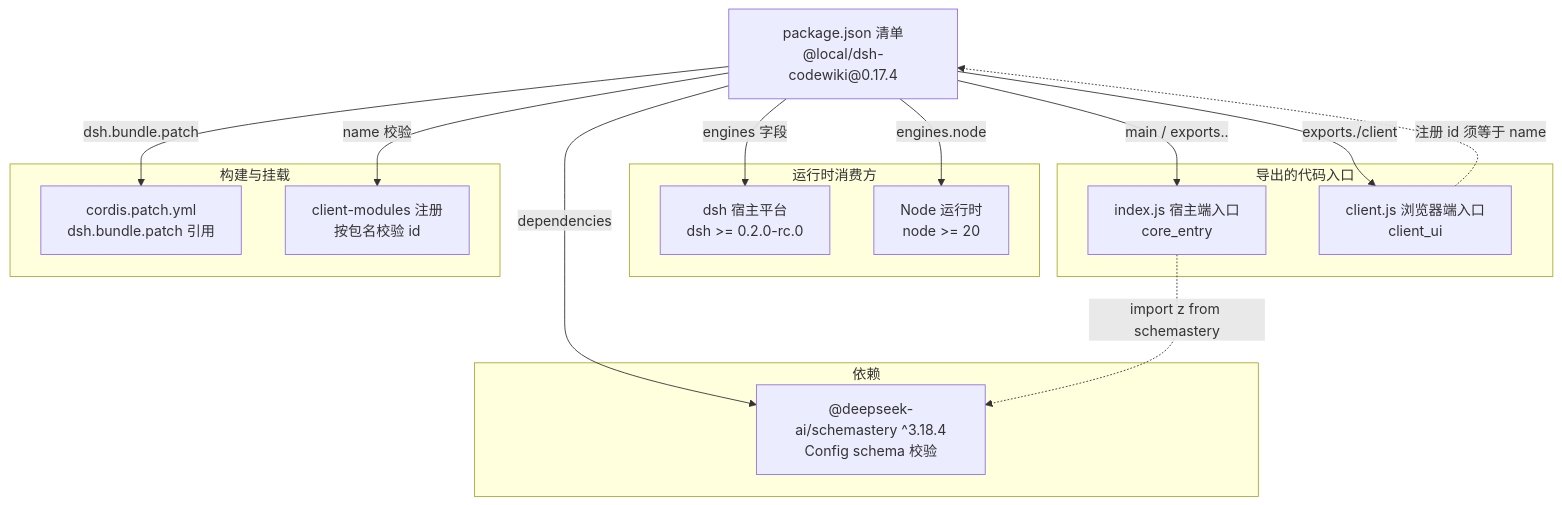
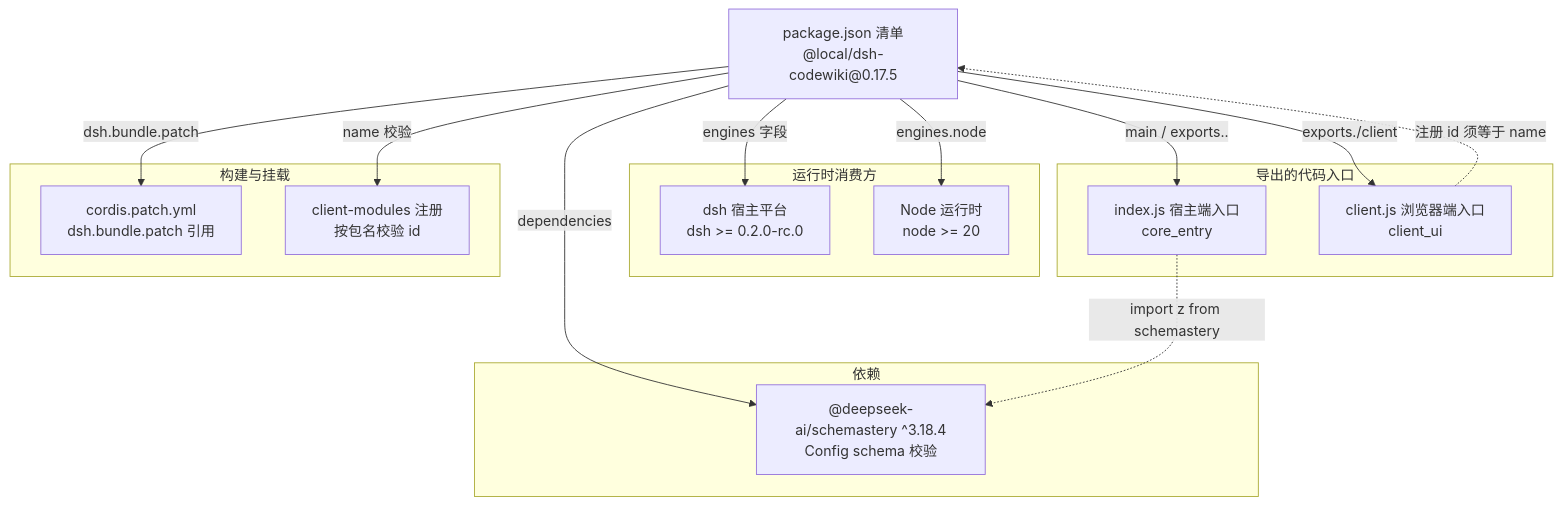
One commit to ikliml666/dsh-codewiki changed the first of 3 diagrams in .codewiki/_native-state/docs/Build___Dependency_Configuration_Layer/package_manifest.md. Above: the diagram before and after it, drawn with Mermaid. The commit also changed other lines of this file and 19 other files, not shown here.

````diff
--- a/.codewiki/_native-state/docs/Build___Dependency_Configuration_Layer/package_manifest.md
+++ b/.codewiki/_native-state/docs/Build___Dependency_Configuration_Layer/package_manifest.md
@@ -35,34 +35,34 @@
 ```mermaid
 flowchart TD
-    PKG["package.json 清单<br/>@local/dsh-codewiki@0.17.4"]
+    PKG["package.json 清单<br/>@local/dsh-codewiki@0.17.5"]
 
     subgraph 运行时消费方
         HOST["dsh 宿主平台<br/>dsh >= 0.2.0-rc.0"]
         NODE["Node 运行时<br/>node >= 20"]
     end
 
     subgraph 导出的代码入口
         MAIN["index.js 宿主端入口<br/>core_entry"]
         CLIENT["client.js 浏览器端入口<br/>client_ui"]
     end
 
     subgraph 构建与挂载
         PATCH["cordis.patch.yml<br/>dsh.bundle.patch 引用"]
         REG["client-modules 注册<br/>按包名校验 id"]
     end
 
     subgraph 依赖
         SCHEMA["@deepseek-ai/schemastery ^3.18.4<br/>Config schema 校验"]
     end
 
     PKG -->|"main / exports.."| MAIN
     PKG -->|"exports./client"| CLIENT
     PKG -->|"engines 字段"| HOST
     PKG -->|"engines.node"| NODE
     PKG -->|"dsh.bundle.patch"| PATCH
     PKG -->|"name 校验"| REG
     PKG -->|"dependencies"| SCHEMA
 
     MAIN -.->|"import z from schemastery"| SCHEMA
     CLIENT -.->|"注册 id 须等于 name"| PKG
 ```
````
